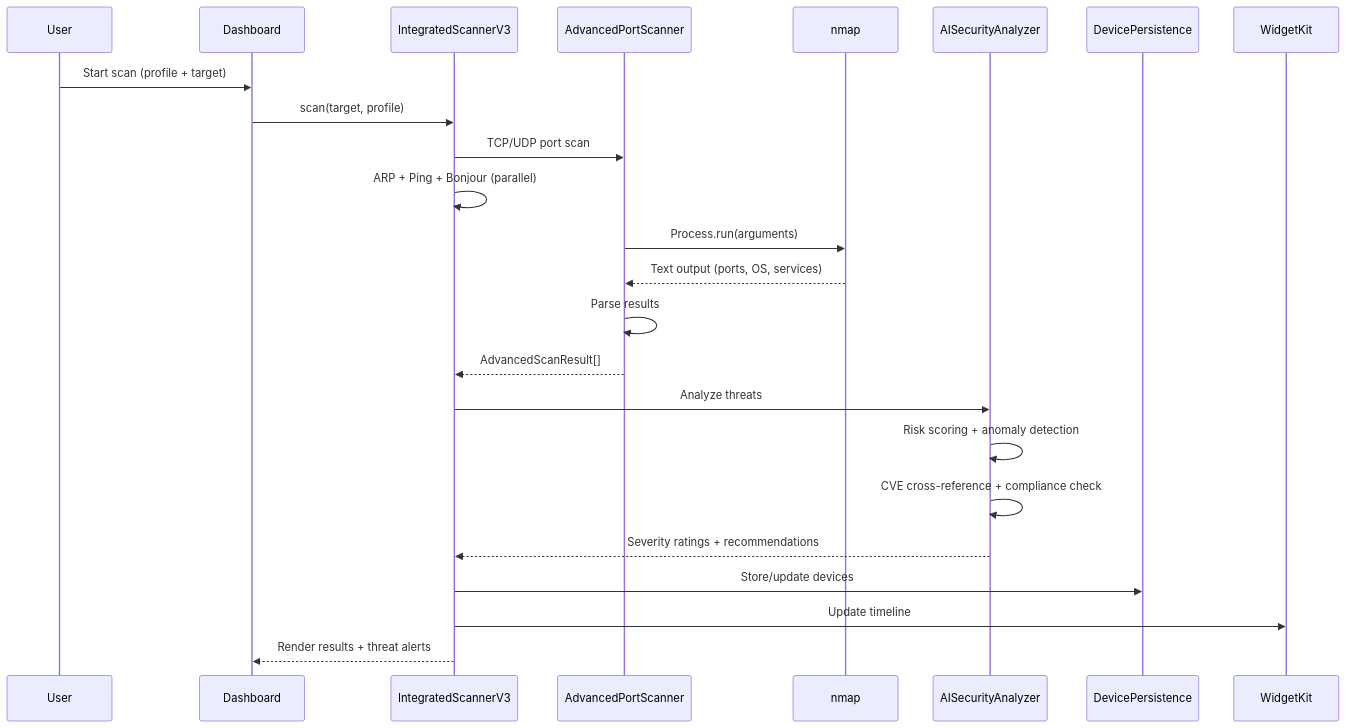
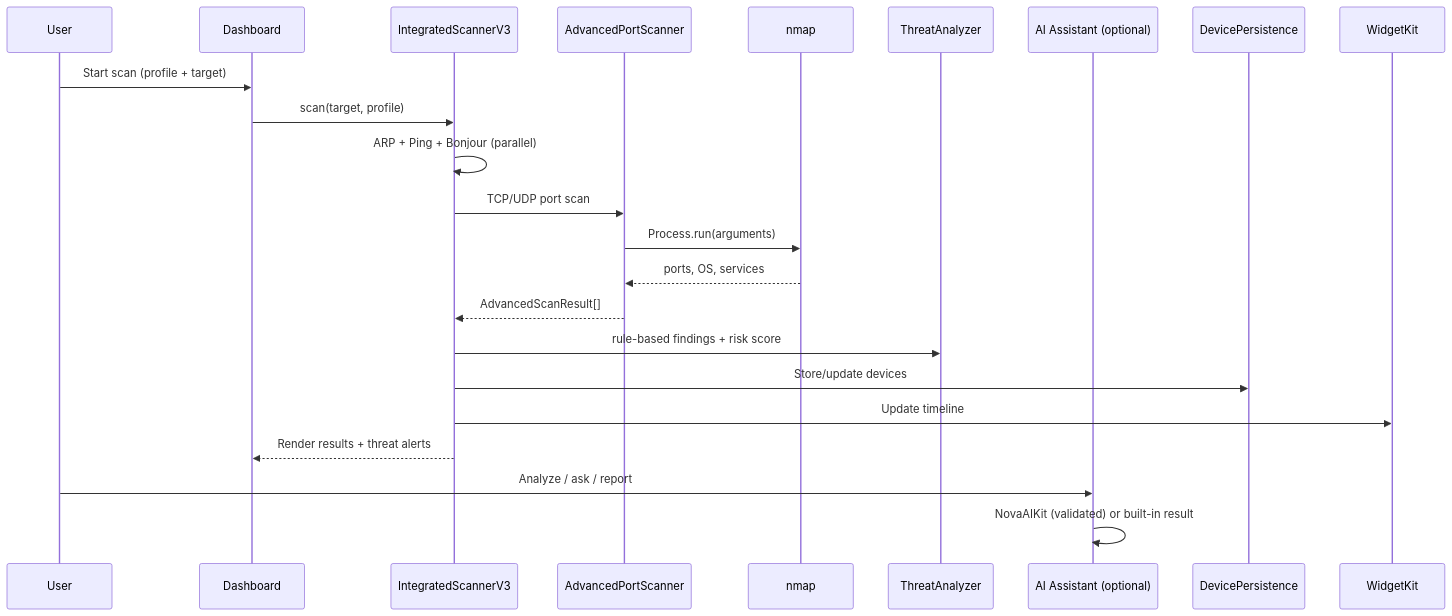
The third of 3 diagrams in README.md (kochj23/NMAPScanner), drawn with Mermaid before and after one commit. The commit also changed other lines of this file and 39 other files, not shown here.

````diff
--- a/README.md
+++ b/README.md
@@ -106,27 +155,26 @@
 ```mermaid
 sequenceDiagram
     participant User
     participant Dashboard
     participant IntegratedScannerV3
     participant AdvancedPortScanner
     participant nmap
-    participant AISecurityAnalyzer
+    participant ThreatAnalyzer
+    participant AIAssistant as AI Assistant (optional)
     participant DevicePersistence
     participant WidgetKit
 
     User->>Dashboard: Start scan (profile + target)
     Dashboard->>IntegratedScannerV3: scan(target, profile)
+    IntegratedScannerV3->>IntegratedScannerV3: ARP + Ping + Bonjour (parallel)
     IntegratedScannerV3->>AdvancedPortScanner: TCP/UDP port scan
-    IntegratedScannerV3->>IntegratedScannerV3: ARP + Ping + Bonjour (parallel)
     AdvancedPortScanner->>nmap: Process.run(arguments)
-    nmap-->>AdvancedPortScanner: Text output (ports, OS, services)
-    AdvancedPortScanner->>AdvancedPortScanner: Parse results
+    nmap-->>AdvancedPortScanner: ports, OS, services
     AdvancedPortScanner-->>IntegratedScannerV3: AdvancedScanResult[]
-    IntegratedScannerV3->>AISecurityAnalyzer: Analyze threats
-    AISecurityAnalyzer->>AISecurityAnalyzer: Risk scoring + anomaly detection
-    AISecurityAnalyzer->>AISecurityAnalyzer: CVE cross-reference + compliance check
-    AISecurityAnalyzer-->>IntegratedScannerV3: Severity ratings + recommendations
+    IntegratedScannerV3->>ThreatAnalyzer: rule-based findings + risk score
     IntegratedScannerV3->>DevicePersistence: Store/update devices
     IntegratedScannerV3->>WidgetKit: Update timeline
     IntegratedScannerV3-->>Dashboard: Render results + threat alerts
+    User->>AIAssistant: Analyze / ask / report
+    AIAssistant->>AIAssistant: NovaAIKit (validated) or built-in result
 ```
````
